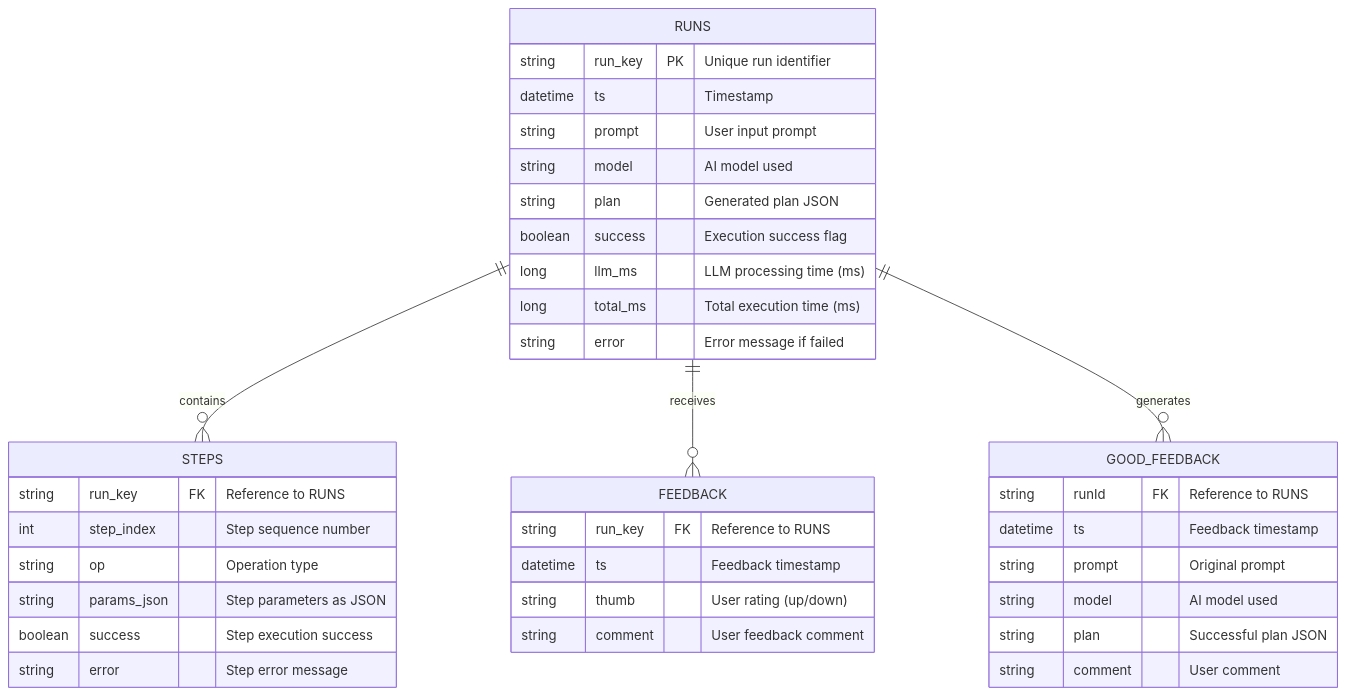
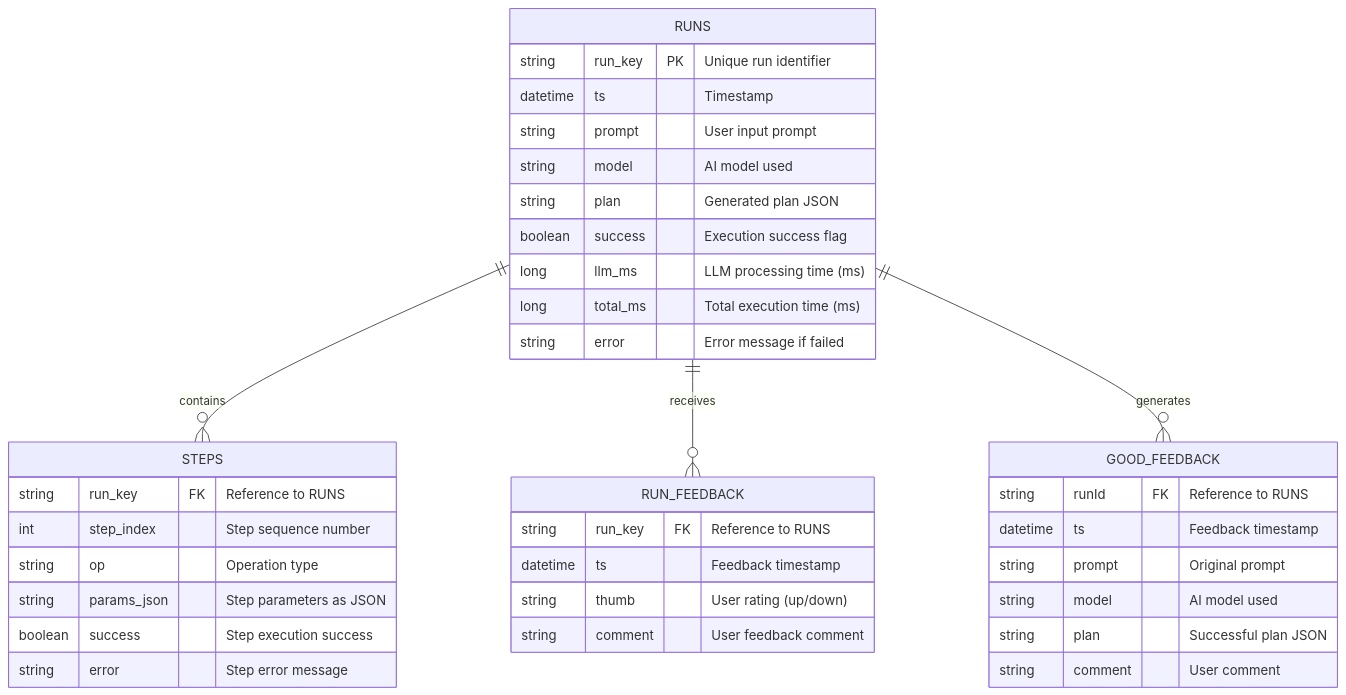
One commit to praworks/Rule-Based-CAD-Modeling-System-Using-C-and-SolidWorks-API changed the diagram in ER_Diagram.md. Above: the diagram before and after it, drawn with Mermaid. The commit also changed other lines of this file and 5 other files, not shown here.

Commit message:
chore: rename feedback -> run_feedback (collections, sqlite table, docs)

````diff
--- a/ER_Diagram.md
+++ b/ER_Diagram.md
@@ -5,43 +5,43 @@
 ```mermaid
 erDiagram
     RUNS ||--o{ STEPS : contains
-    RUNS ||--o{ FEEDBACK : receives
+    RUNS ||--o{ RUN_FEEDBACK : receives
     RUNS ||--o{ GOOD_FEEDBACK : generates
     
     RUNS {
         string run_key PK "Unique run identifier"
         datetime ts "Timestamp"
         string prompt "User input prompt"
         string model "AI model used"
         string plan "Generated plan JSON"
         boolean success "Execution success flag"
         long llm_ms "LLM processing time (ms)"
         long total_ms "Total execution time (ms)"
         string error "Error message if failed"
     }
     
     STEPS {
         string run_key FK "Reference to RUNS"
         int step_index "Step sequence number"
         string op "Operation type"
         string params_json "Step parameters as JSON"
         boolean success "Step execution success"
         string error "Step error message"
     }
     
-    FEEDBACK {
-        string run_key FK "Reference to RUNS"
-        datetime ts "Feedback timestamp"
-        string thumb "User rating (up/down)"
-        string comment "User feedback comment"
+    RUN_FEEDBACK {
+      string run_key FK "Reference to RUNS"
+      datetime ts "Feedback timestamp"
+      string thumb "User rating (up/down)"
+      string comment "User feedback comment"
     }
     
     GOOD_FEEDBACK {
         string runId FK "Reference to RUNS"
         datetime ts "Feedback timestamp"
         string prompt "Original prompt"
         string model "AI model used"
         string plan "Successful plan JSON"
         string comment "User comment"
     }
 ```
````
